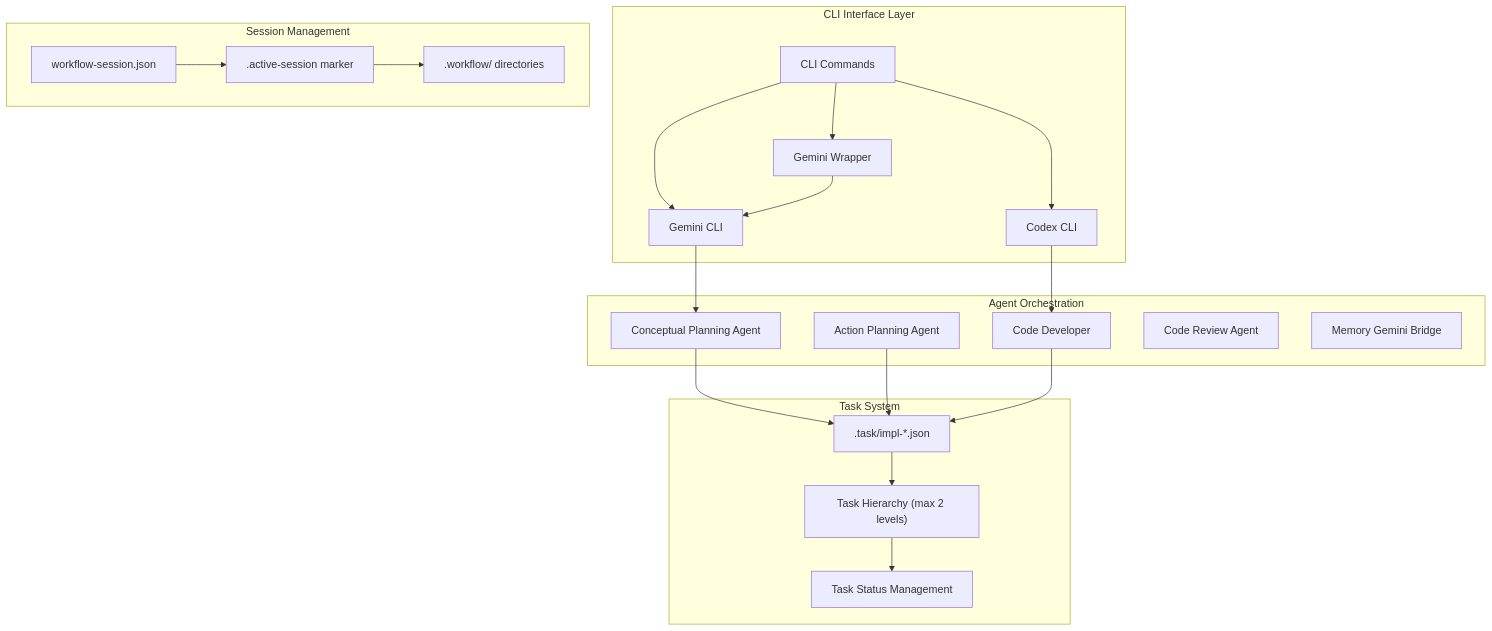
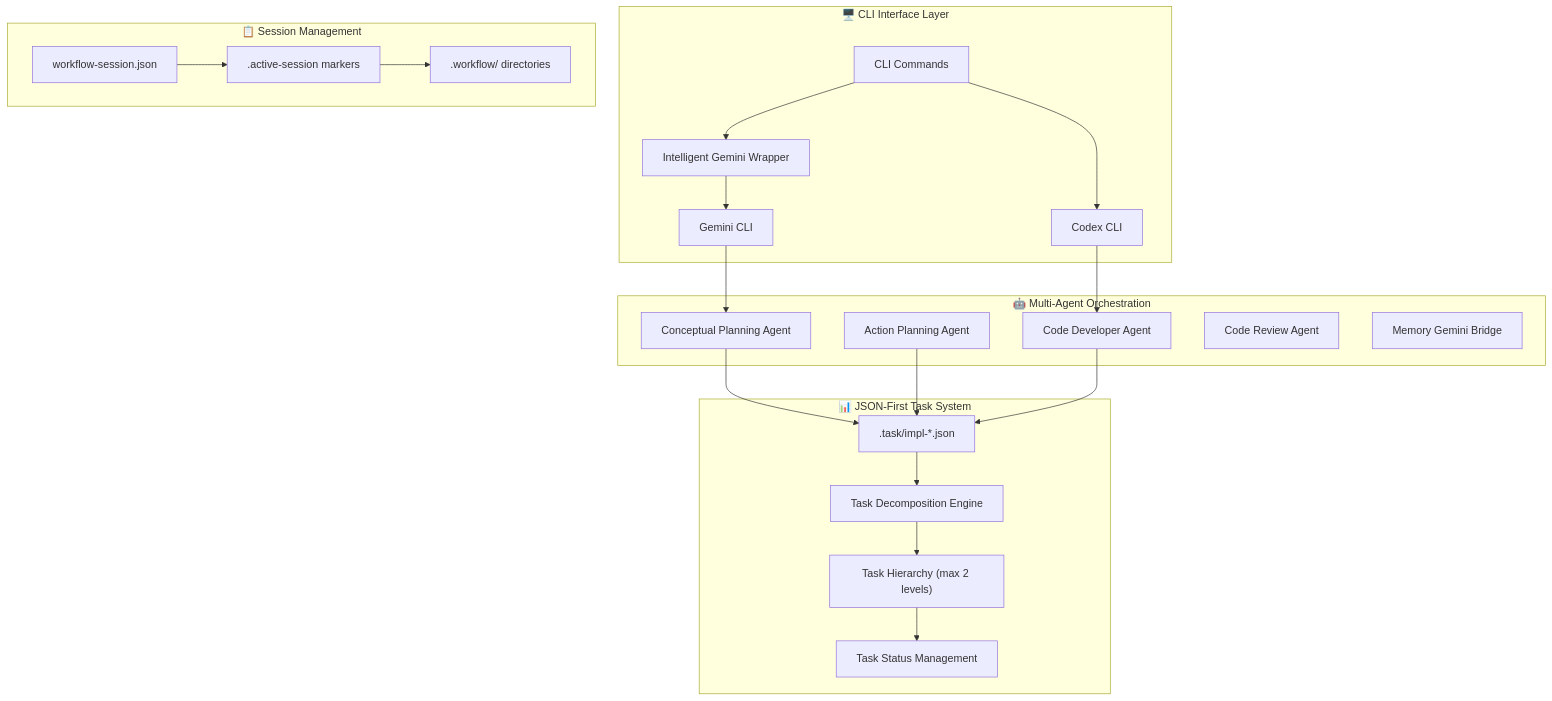
Before and after one commit to 74587/Claude-Code-Workflow: the first of 2 diagrams in README.md, drawn with Mermaid. The commit also changed other lines of this file and 1 other file, not shown here.

````diff
--- a/README.md
+++ b/README.md
@@ -19,47 +35,48 @@
 ```mermaid
 graph TB
-    subgraph "CLI Interface Layer"
+    subgraph "🖥️ CLI Interface Layer"
         CLI[CLI Commands]
         GEM[Gemini CLI]
         COD[Codex CLI]
-        WRAPPER[Gemini Wrapper]
+        WRAPPER[Intelligent Gemini Wrapper]
     end
 
-    subgraph "Session Management"
-        MARKER[".active-session marker"]
+    subgraph "📋 Session Management"
+        MARKER[".active-session markers"]
         SESSION["workflow-session.json"]
         WDIR[".workflow/ directories"]
     end
 
-    subgraph "Task System"
+    subgraph "📊 JSON-First Task System"
         TASK_JSON[".task/impl-*.json"]
         HIERARCHY["Task Hierarchy (max 2 levels)"]
         STATUS["Task Status Management"]
+        DECOMP["Task Decomposition Engine"]
     end
 
-    subgraph "Agent Orchestration"
+    subgraph "🤖 Multi-Agent Orchestration"
         PLAN_AGENT[Conceptual Planning Agent]
         ACTION_AGENT[Action Planning Agent]
-        CODE_AGENT[Code Developer]
+        CODE_AGENT[Code Developer Agent]
         REVIEW_AGENT[Code Review Agent]
         MEMORY_AGENT[Memory Gemini Bridge]
     end
 
-    CLI --> GEM
-    CLI --> COD
     CLI --> WRAPPER
     WRAPPER --> GEM
+    CLI --> COD
 
     GEM --> PLAN_AGENT
     COD --> CODE_AGENT
 
     PLAN_AGENT --> TASK_JSON
     ACTION_AGENT --> TASK_JSON
     CODE_AGENT --> TASK_JSON
 
-    TASK_JSON --> HIERARCHY
+    TASK_JSON --> DECOMP
+    DECOMP --> HIERARCHY
     HIERARCHY --> STATUS
 
     SESSION --> MARKER
     MARKER --> WDIR
 ```
````
